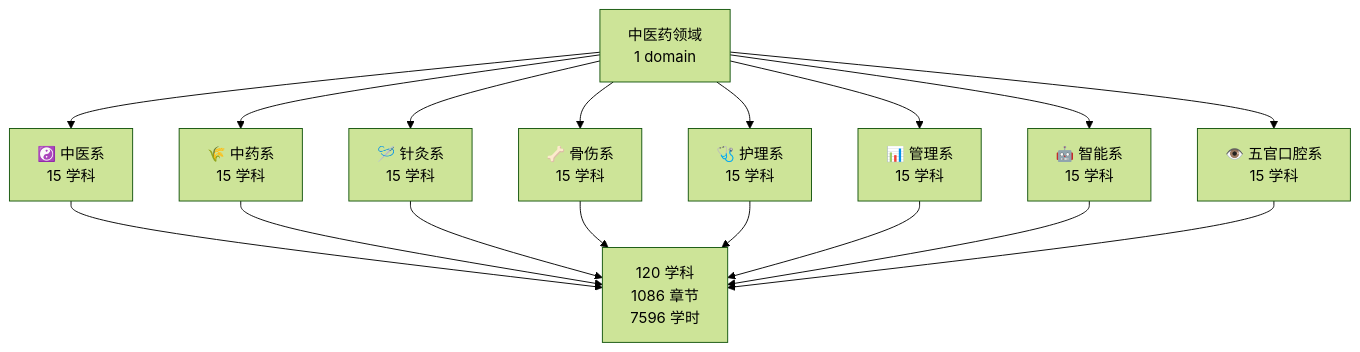
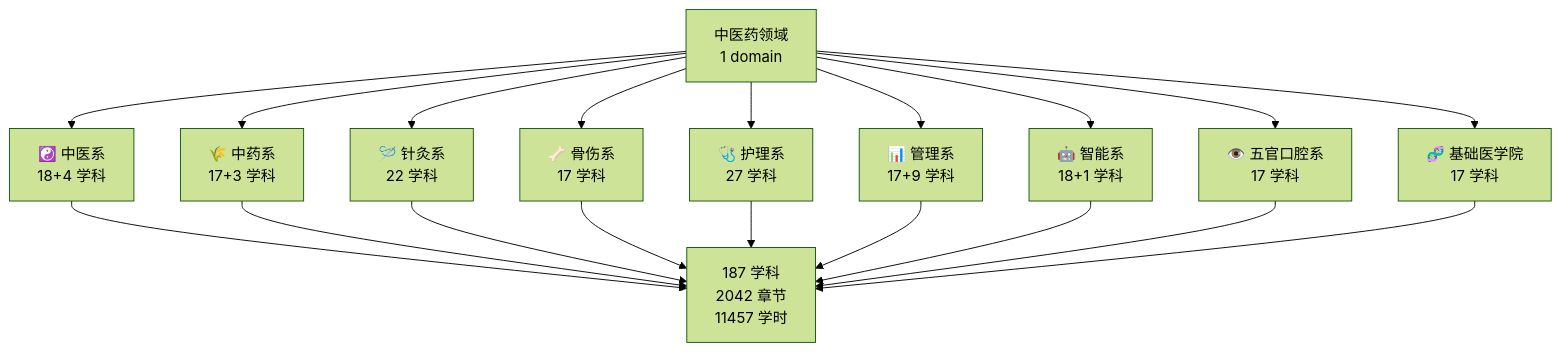
The first of 2 diagrams in README.md (DayongCai/tcmai-engineering-from-scratch), drawn with Mermaid (forest theme) before and after one commit. The commit also changed other lines of this file and 22084 other files, not shown here.

````diff
--- a/README.md
+++ b/README.md
@@ -53,19 +56,21 @@
 ```mermaid
 graph TD
-  D["中医药领域<br/>1 domain"] --> A1["☯️ 中医系<br/>15 学科"]
-  D --> A2["🌾 中药系<br/>15 学科"]
-  D --> A3["🪡 针灸系<br/>15 学科"]
-  D --> A4["🦴 骨伤系<br/>15 学科"]
-  D --> A5["🩺 护理系<br/>15 学科"]
-  D --> A6["📊 管理系<br/>15 学科"]
-  D --> A7["🤖 智能系<br/>15 学科"]
-  D --> A8["👁️ 五官口腔系<br/>15 学科"]
-  A1 --> C["120 学科<br/>1086 章节<br/>7596 学时"]
+  D["中医药领域<br/>1 domain"] --> A1["☯️ 中医系<br/>18+4 学科"]
+  D --> A2["🌾 中药系<br/>17+3 学科"]
+  D --> A3["🪡 针灸系<br/>22 学科"]
+  D --> A4["🦴 骨伤系<br/>17 学科"]
+  D --> A5["🩺 护理系<br/>27 学科"]
+  D --> A6["📊 管理系<br/>17+9 学科"]
+  D --> A7["🤖 智能系<br/>18+1 学科"]
+  D --> A8["👁️ 五官口腔系<br/>17 学科"]
+  D --> A9["🧬 基础医学院<br/>17 学科"]
+  A1 --> C["187 学科<br/>2042 章节<br/>11457 学时"]
   A2 --> C
   A3 --> C
   A4 --> C
   A5 --> C
   A6 --> C
   A7 --> C
   A8 --> C
+  A9 --> C
 ```
````
